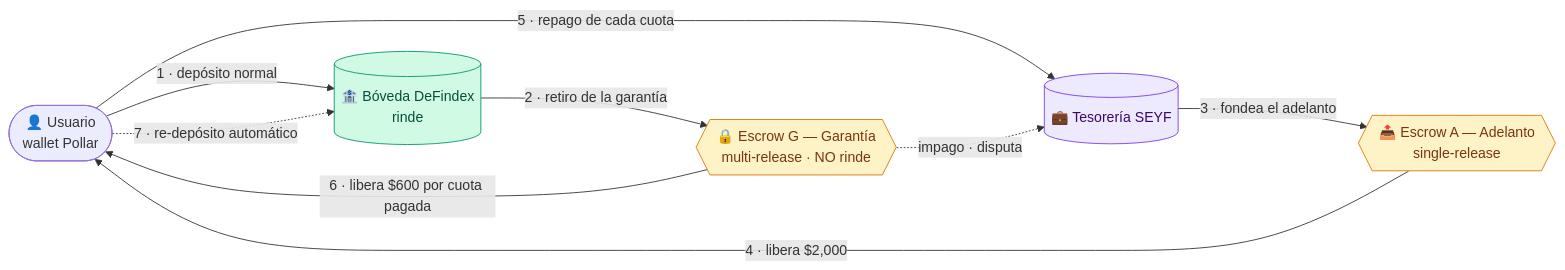
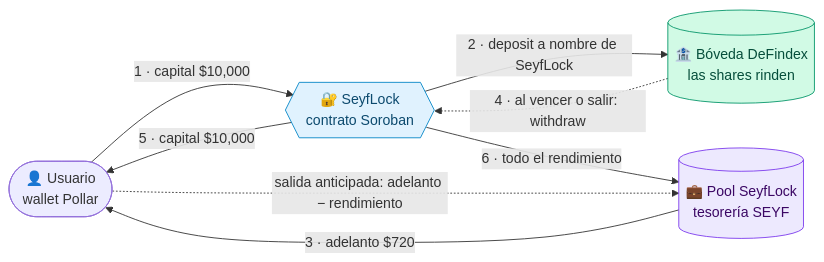
The first of 5 diagrams in docs/hackmeridian-plan.md (Seyfert-Labs/SEYF-P), drawn with Mermaid before and after one commit. The commit also changed other lines of this file and 10 other files, not shown here.

First line of the commit message:
feat(seyf-lock): contrato Soroban de capital bloqueado + adelanto de rendimiento

````diff
--- a/docs/hackmeridian-plan.md
+++ b/docs/hackmeridian-plan.md
@@ -49,24 +56,22 @@
 ```mermaid
 flowchart LR
     U(["👤 Usuario<br/>wallet Pollar"])
-    V[("🏦 Bóveda DeFindex<br/>rinde")]
-    G{{"🔒 Escrow G — Garantía<br/>multi-release · NO rinde"}}
-    A{{"📤 Escrow A — Adelanto<br/>single-release"}}
-    T[("💼 Tesorería SEYF")]
+    L{{"🔐 SeyfLock<br/>contrato Soroban"}}
+    V[("🏦 Bóveda DeFindex<br/>las shares rinden")]
+    P[("💼 Pool SeyfLock<br/>tesorería SEYF")]
 
-    U -- "1 · depósito normal" --> V
-    V -- "2 · retiro de la garantía" --> G
-    T -- "3 · fondea el adelanto" --> A
-    A -- "4 · libera $2,000" --> U
-    U -- "5 · repago de cada cuota" --> T
-    G -- "6 · libera $600 por cuota pagada" --> U
-    U -. "7 · re-depósito automático" .-> V
-    G -. "impago · disputa" .-> T
+    U -- "1 · capital $10,000" --> L
+    L -- "2 · deposit a nombre de SeyfLock" --> V
+    P -- "3 · adelanto $720" --> U
+    V -. "4 · al vencer o salir: withdraw" .-> L
+    L -- "5 · capital $10,000" --> U
+    L -- "6 · todo el rendimiento" --> P
+    U -. "salida anticipada: adelanto − rendimiento" .-> P
 
     classDef rinde fill:#d1fae5,stroke:#059669,color:#064e3b
-    classDef bloqueado fill:#fef3c7,stroke:#d97706,color:#78350f
+    classDef contrato fill:#e0f2fe,stroke:#0284c7,color:#0c4a6e
     classDef seyf fill:#ede9fe,stroke:#7c3aed,color:#3b0764
     class V rinde
-    class G,A bloqueado
-    class T seyf
+    class L contrato
+    class P seyf
 ```
````
